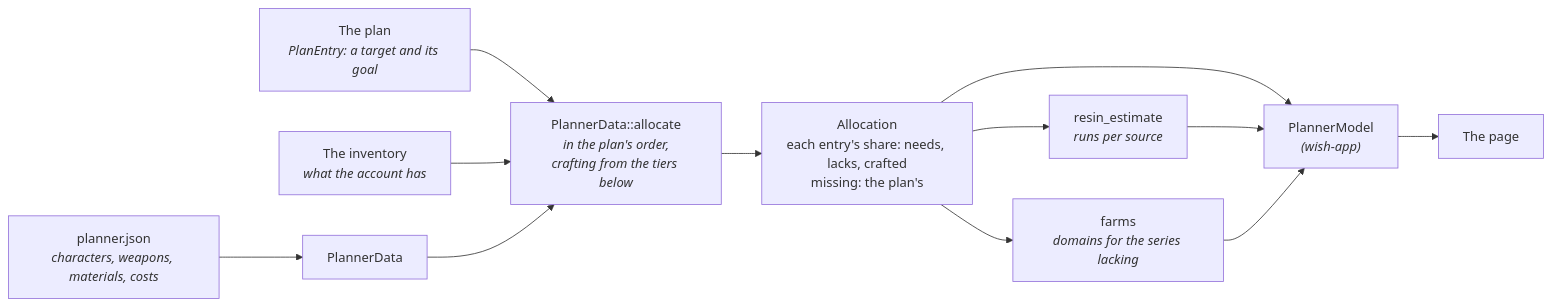
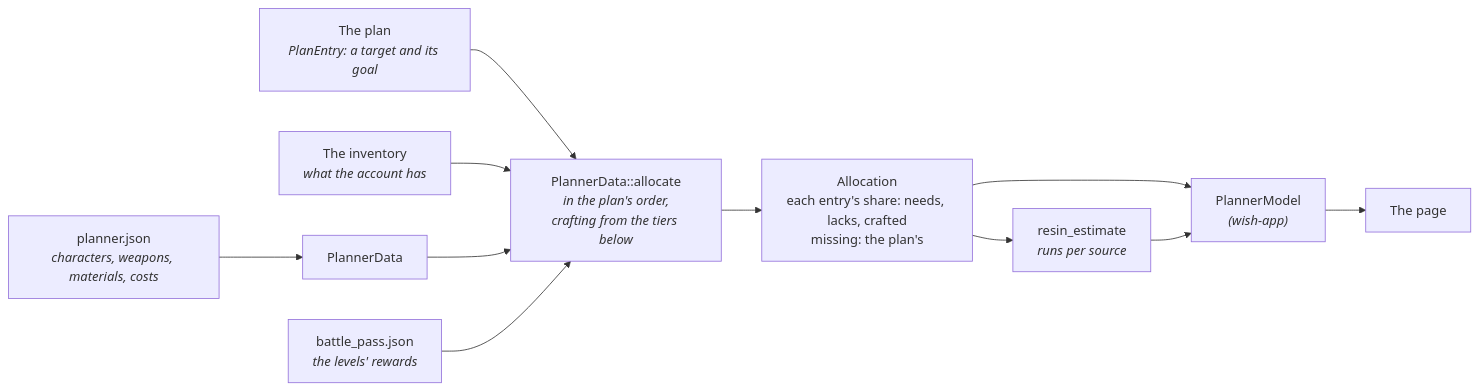
The diagram in docs/architecture/planner.md (Deltouille/genshin-companion-rust), drawn with Mermaid before and after one commit. The commit also changed other lines of this file and 40 other files, not shown here.

First line of the commit message:
The Battle Pass in the planner

````diff
--- a/docs/architecture/planner.md
+++ b/docs/architecture/planner.md
@@ -9,14 +10,13 @@
 ```mermaid
 graph LR
     json["planner.json<br/><i>characters, weapons, materials, costs</i>"] --> data["PlannerData"]
     plan["The plan<br/><i>PlanEntry: a target and its goal</i>"] --> allocate
     inventory["The inventory<br/><i>what the account has</i>"] --> allocate
     data --> allocate["PlannerData::allocate<br/><i>in the plan's order,<br/>crafting from the tiers below</i>"]
     allocate --> allocation["Allocation<br/>each entry's share: needs, lacks, crafted<br/>missing: the plan's"]
+    pass["battle_pass.json<br/><i>the levels' rewards</i>"] --> allocate
     allocation --> resin["resin_estimate<br/><i>runs per source</i>"]
-    allocation --> farms["farms<br/><i>domains for the series lacking</i>"]
     allocation --> model["PlannerModel<br/><i>(wish-app)</i>"]
     resin --> model
-    farms --> model
     model --> page["The page"]
 ```
````
